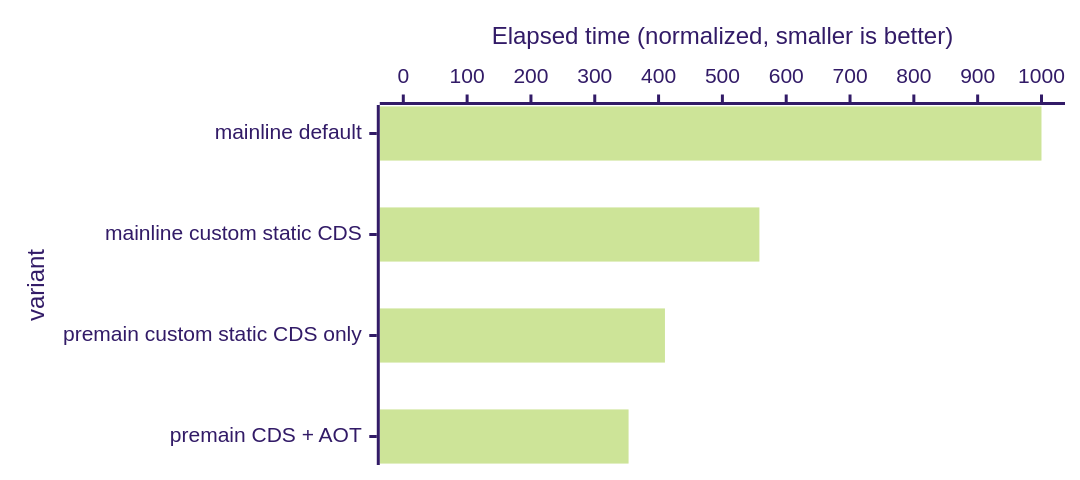
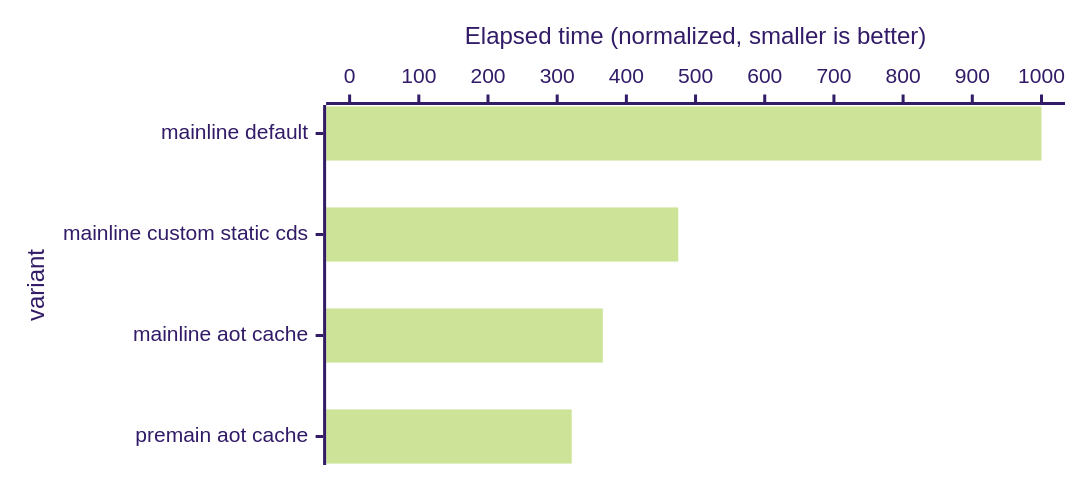
The second of 5 diagrams in README.md (openjdk/leyden), drawn with Mermaid (forest theme) before and after one commit. The commit also changed other lines of this file and 8 other files, not shown here.

````diff
--- a/README.md
+++ b/README.md
@@ -425,12 +435,12 @@
 ```mermaid
 ---
 config:
     xyChart:
         chartOrientation: horizontal
         height: 300
 ---
 xychart-beta
-    x-axis "variant" ["mainline default", "mainline custom static CDS", "premain custom static CDS only", "premain CDS + AOT"]
+    x-axis "variant" ["mainline default", "mainline custom static cds", "mainline aot cache", "premain aot cache"]
     y-axis "Elapsed time (normalized, smaller is better)" 0 --> 1000
-    bar [1000, 558, 410, 353]
+    bar [1000, 475, 366, 321]
 ```
````
